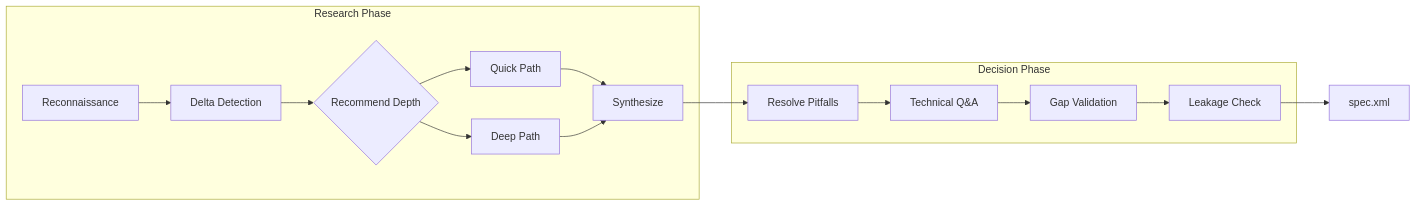
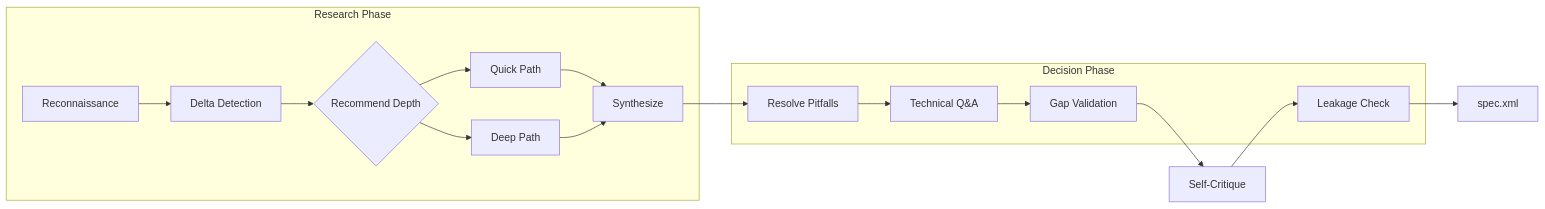
The diagram in .festinalente/product/skills/scope.md (mattfletcher94/festinalente), drawn with Mermaid before and after one commit. The commit also changed other lines of this file, not shown here.

Commit message:
docs(#56): product - scope self-critique step

````diff
--- a/.festinalente/product/skills/scope.md
+++ b/.festinalente/product/skills/scope.md
@@ -29,30 +29,31 @@
 ```mermaid
 flowchart LR
     subgraph "Research Phase"
         Recon[Reconnaissance]
         Delta[Delta Detection]
         Recommend{Recommend Depth}
         Quick[Quick Path]
         Deep[Deep Path]
         Synthesis[Synthesize]
     end
 
     subgraph "Decision Phase"
         Pitfalls[Resolve Pitfalls]
         QA[Technical Q&A]
         GapVal[Gap Validation]
         Leakage[Leakage Check]
     end
 
     Recon --> Delta
     Delta --> Recommend
     Recommend --> Quick
     Recommend --> Deep
     Quick --> Synthesis
     Deep --> Synthesis
     Synthesis --> Pitfalls
     Pitfalls --> QA
     QA --> GapVal
-    GapVal --> Leakage
+    GapVal --> SelfCritique[Self-Critique]
+    SelfCritique --> Leakage
     Leakage --> Spec[spec.xml]
 ```
````
